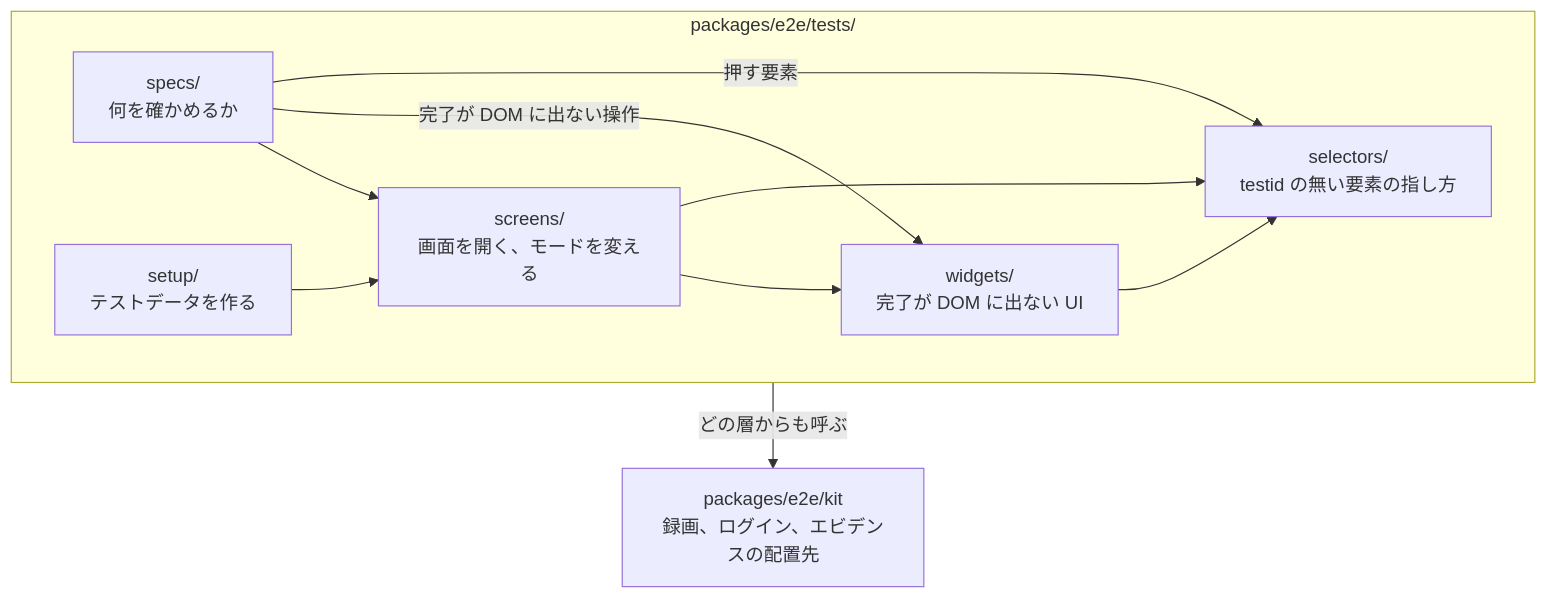
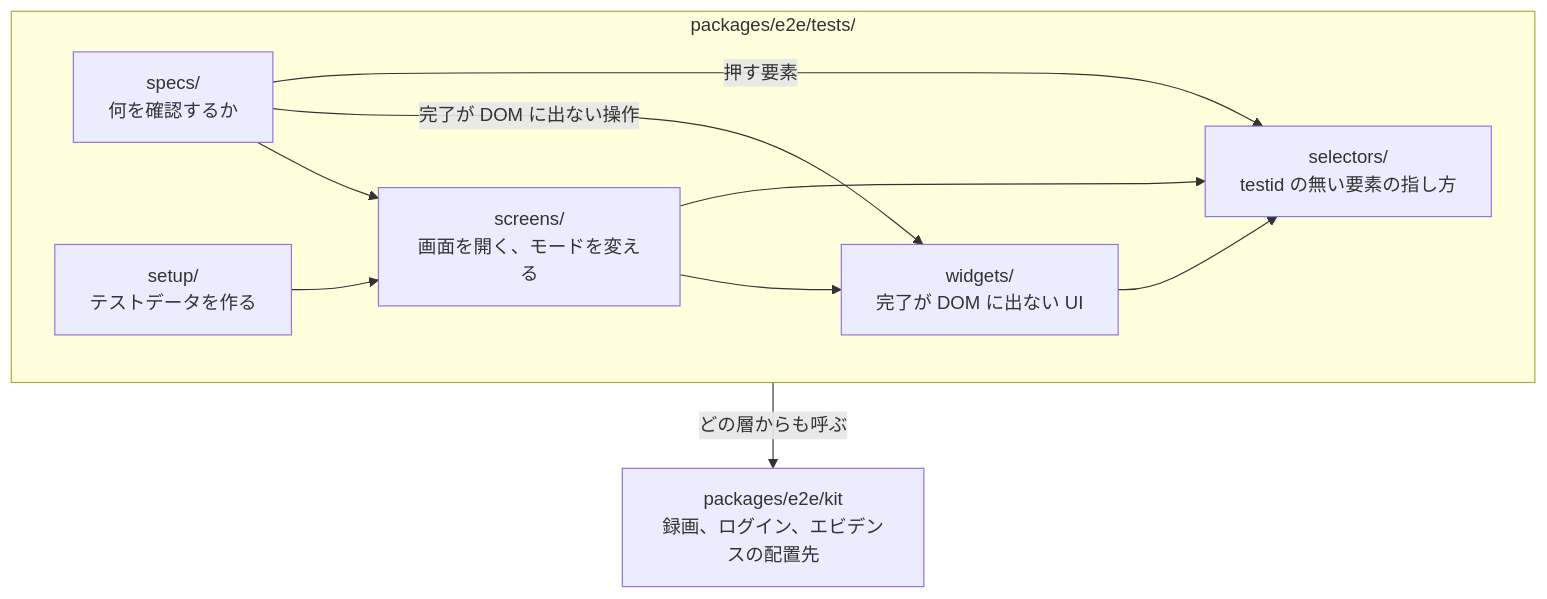
One commit to Fukuemon/buddy changed the first of 4 diagrams in packages/e2e/DesignDoc.md. Above: the diagram before and after it, drawn with Mermaid. The commit also changed other lines of this file and 28 other files, not shown here.

````diff
--- a/packages/e2e/DesignDoc.md
+++ b/packages/e2e/DesignDoc.md
@@ -60,20 +60,20 @@
 ```mermaid
 flowchart TB
   subgraph product["packages/e2e/tests/"]
-    specs["specs/<br/>何を確かめるか"]
+    specs["specs/<br/>何を確認するか"]
     setup["setup/<br/>テストデータを作る"]
     screens["screens/<br/>画面を開く、モードを変える"]
     widgets["widgets/<br/>完了が DOM に出ない UI"]
     selectors["selectors/<br/>testid の無い要素の指し方"]
   end
   kit["packages/e2e/kit<br/>録画、ログイン、エビデンスの配置先"]
 
   specs --> screens
   setup --> screens
   specs -->|"完了が DOM に出ない操作"| widgets
   screens --> widgets
   specs -->|"押す要素"| selectors
   screens --> selectors
   widgets --> selectors
   product -->|"どの層からも呼ぶ"| kit
 ```
````
